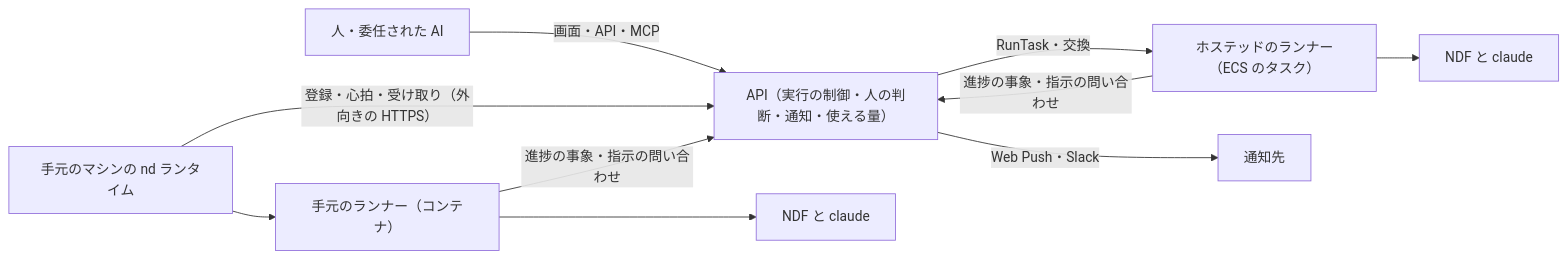
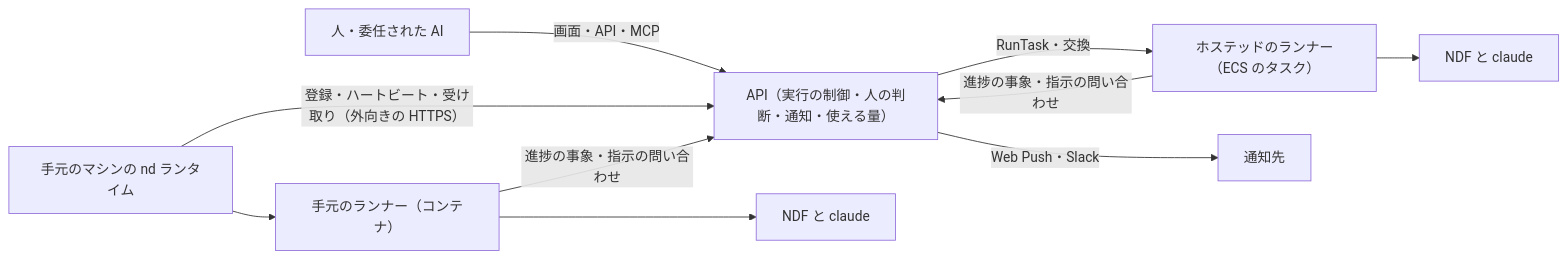
The first of 10 diagrams in docs/design/execution.md (devbasex/nd-factory), drawn with Mermaid before and after one commit. The commit also changed other lines of this file and 16 other files, not shown here.

First line of the commit message:
Docs: 設計書を通読し、エンジニアが使わない造語・直訳（道具・地図・頭書き・失敗のアイテムなど）を書き換える（利用者の指示）

````diff
--- a/docs/design/execution.md
+++ b/docs/design/execution.md
@@ -29,12 +29,12 @@
 ```mermaid
 graph LR
   人["人・委任された AI"] -->|画面・API・MCP| API["API（実行の制御・人の判断・通知・使える量）"]
   API -->|RunTask・交換| R1["ホステッドのランナー（ECS のタスク）"]
-  M["手元のマシンの nd ランタイム"] -->|登録・心拍・受け取り（外向きの HTTPS）| API
+  M["手元のマシンの nd ランタイム"] -->|登録・ハートビート・受け取り（外向きの HTTPS）| API
   M --> R2["手元のランナー（コンテナ）"]
   R1 -->|進捗の事象・指示の問い合わせ| API
   R2 -->|進捗の事象・指示の問い合わせ| API
   R1 --> N1["NDF と claude"]
   R2 --> N2["NDF と claude"]
   API -->|Web Push・Slack| 通知先["通知先"]
 ```
````
